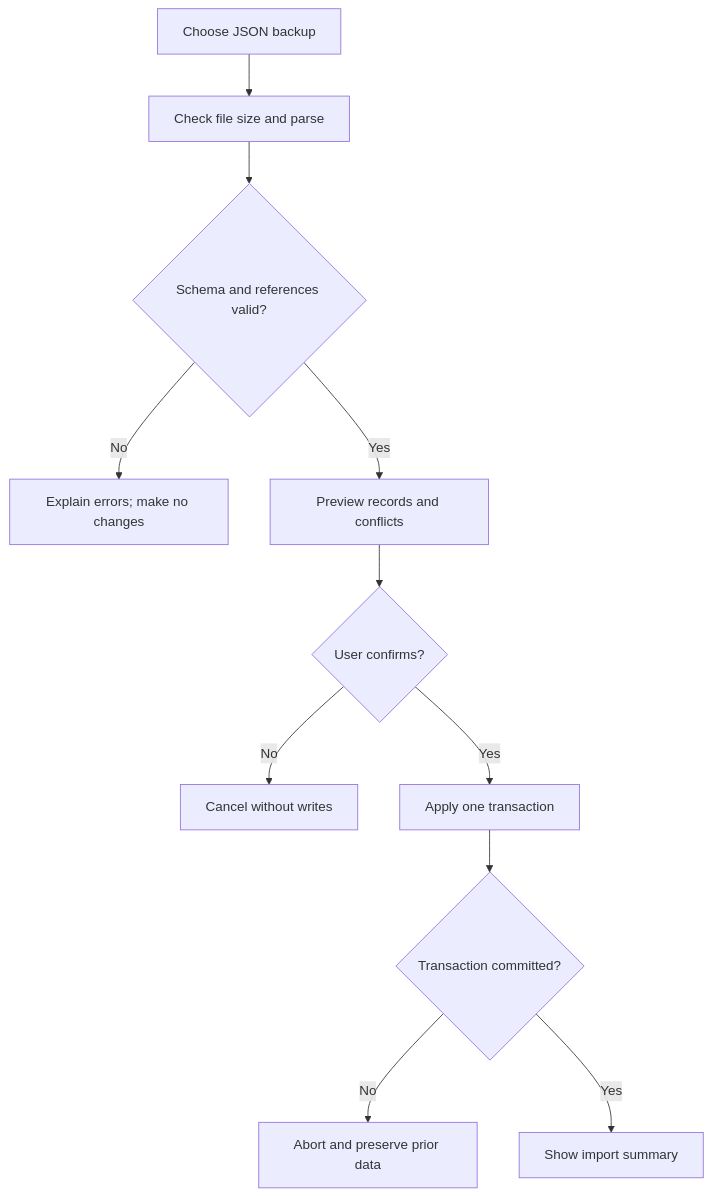
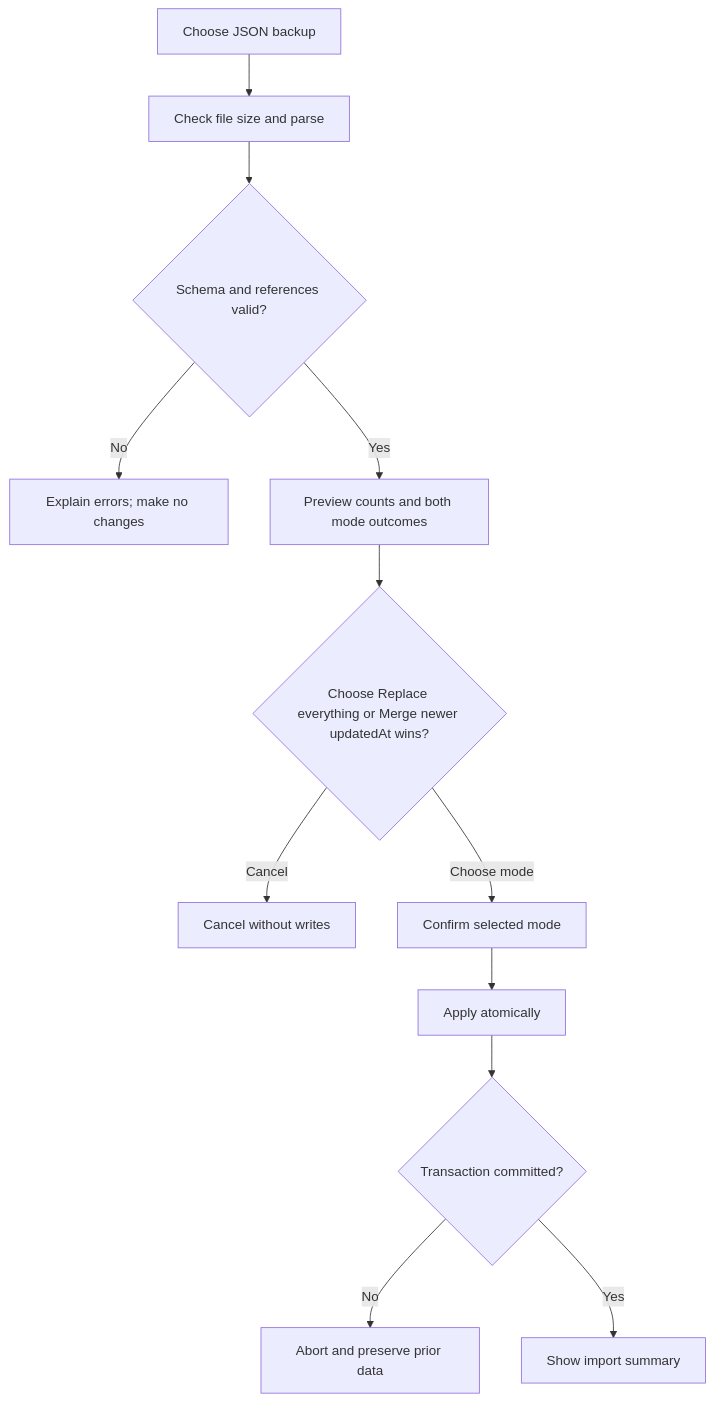
The second of 2 diagrams in docs/UX_SPEC.md (MANayab/Growvidence), drawn with Mermaid before and after one commit. The commit also changed other lines of this file, not shown here.

Commit message:
docs: align UX_SPEC.md with accepted import contract

````diff
--- a/docs/UX_SPEC.md
+++ b/docs/UX_SPEC.md
@@ -152,13 +152,14 @@
 ```mermaid
 flowchart TD
   A[Choose JSON backup] --> B[Check file size and parse]
   B --> C{Schema and references valid?}
   C -->|No| D[Explain errors; make no changes]
-  C -->|Yes| E[Preview records and conflicts]
-  E --> F{User confirms?}
-  F -->|No| G[Cancel without writes]
-  F -->|Yes| H[Apply one transaction]
-  H --> I{Transaction committed?}
-  I -->|No| J[Abort and preserve prior data]
-  I -->|Yes| K[Show import summary]
+  C -->|Yes| E[Preview counts and both mode outcomes]
+  E --> F{Choose Replace everything or Merge newer updatedAt wins?}
+  F -->|Cancel| G[Cancel without writes]
+  F -->|Choose mode| H[Confirm selected mode]
+  H --> I[Apply atomically]
+  I --> J{Transaction committed?}
+  J -->|No| K[Abort and preserve prior data]
+  J -->|Yes| L[Show import summary]
 ```
````
